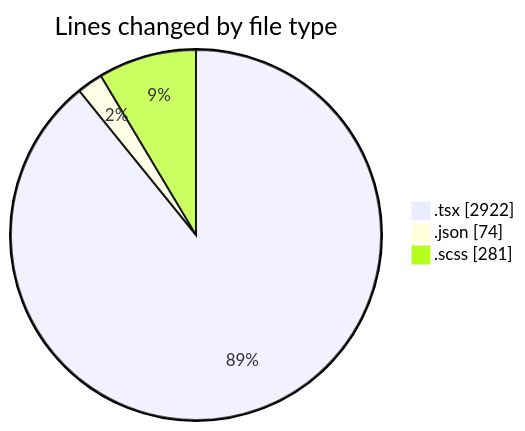
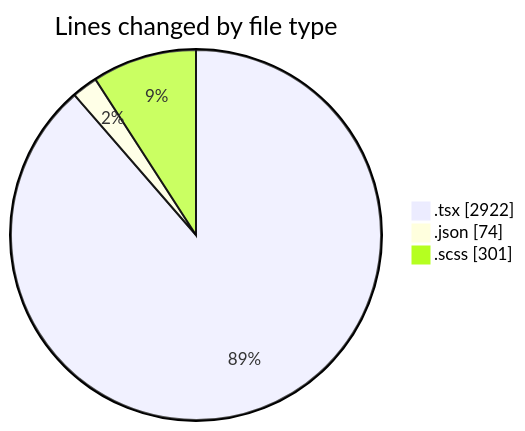
One commit to momahboobian/code-tracking changed the first of 2 diagrams in 2025-04-08/cda/README.md. Above: the diagram before and after it, drawn with Mermaid. The commit also changed other lines of this file and 1 other file, not shown here.

````diff
--- a/2025-04-08/cda/README.md
+++ b/2025-04-08/cda/README.md
@@ -29,7 +29,7 @@
 ```mermaid
 pie showData
 title Lines changed by file type
 ".tsx" : 2922
 ".json" : 74
-".scss" : 281
+".scss" : 301
 ```
````
